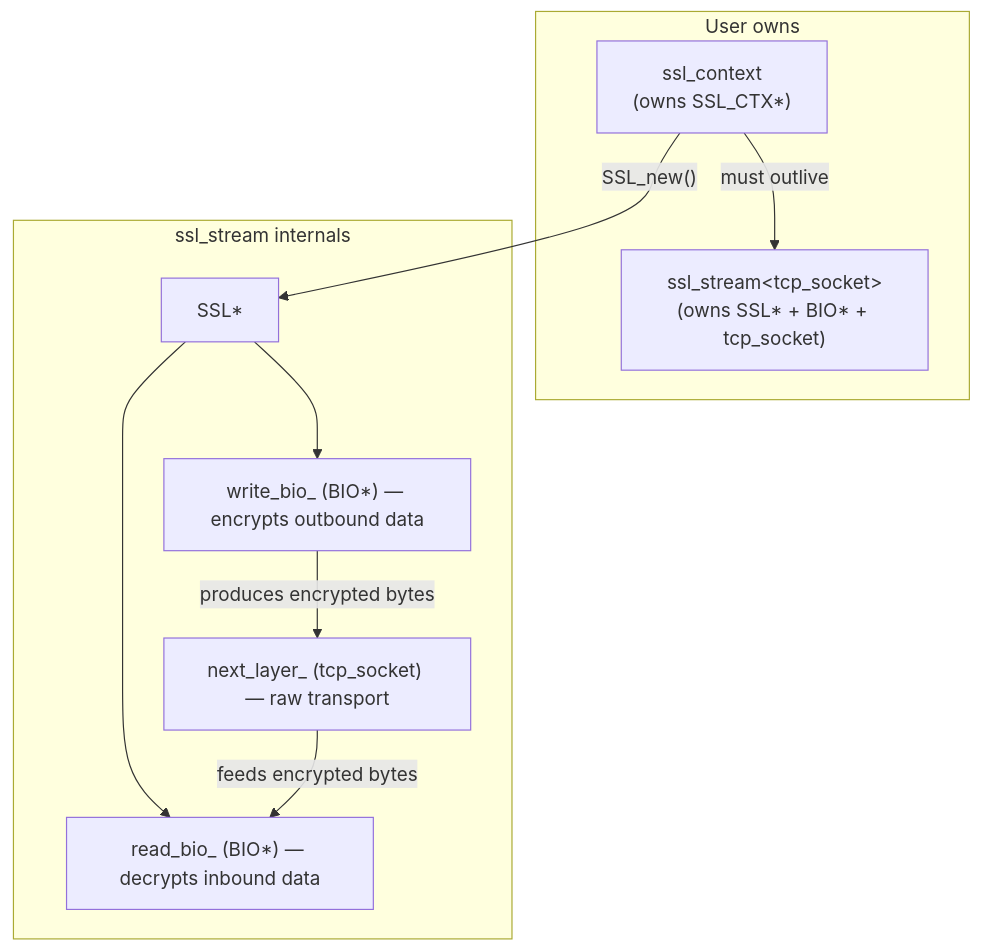
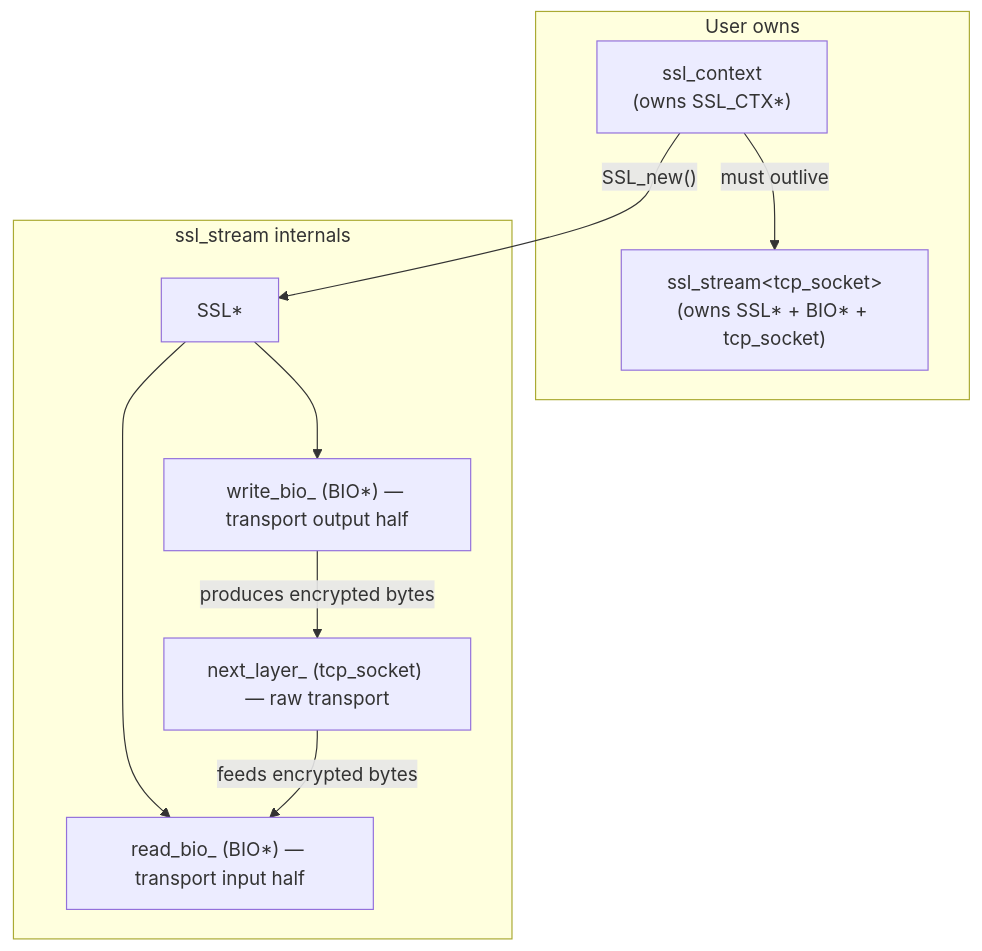
The fourth of 6 diagrams in docs/usage.md (haomingbai/bnio), drawn with Mermaid before and after one commit. The commit also changed other lines of this file and 11 other files, not shown here.

````diff
--- a/docs/usage.md
+++ b/docs/usage.md
@@ -239,22 +239,22 @@
 ```mermaid
 graph TB
     subgraph USER["User owns"]
         SC["ssl_context<br/>(owns SSL_CTX*)"]
         SS["ssl_stream&lt;tcp_socket&gt;<br/>(owns SSL* + BIO* + tcp_socket)"]
     end
 
     subgraph INTERNAL["ssl_stream internals"]
         SSL["SSL*"]
-        RBIO["read_bio_ (BIO*) — decrypts inbound data"]
-        WBIO["write_bio_ (BIO*) — encrypts outbound data"]
+        RBIO["read_bio_ (BIO*) — transport input half"]
+        WBIO["write_bio_ (BIO*) — transport output half"]
         TCP["next_layer_ (tcp_socket) — raw transport"]
     end
 
     SC -->|"SSL_new()"| SSL
     SSL --> RBIO
     SSL --> WBIO
     TCP -->|"feeds encrypted bytes"| RBIO
     WBIO -->|"produces encrypted bytes"| TCP
 
     SC -->|"must outlive"| SS
 ```
````
